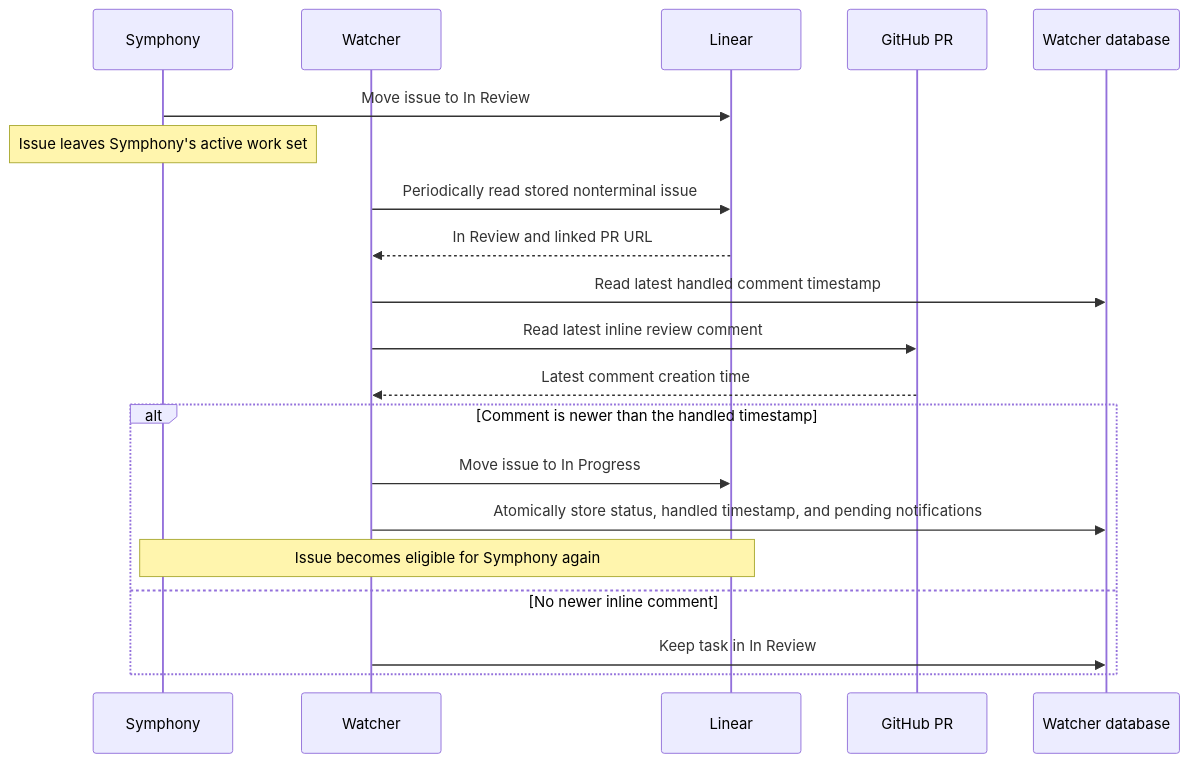
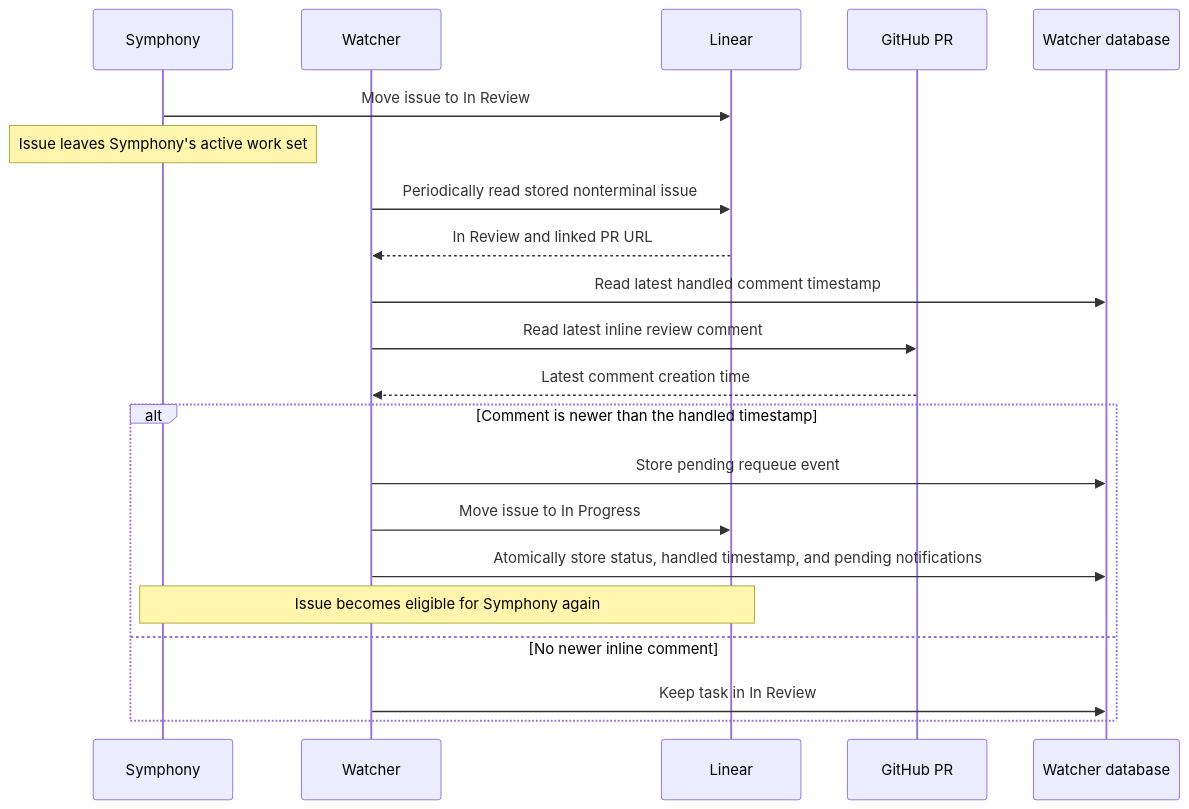
Before and after one commit to hiroppy/orchestrators: the second of 2 diagrams in docs/architecture.md, drawn with Mermaid. The commit also changed 6 other files, not shown here.

````diff
--- a/docs/architecture.md
+++ b/docs/architecture.md
@@ -98,23 +98,24 @@
 ```mermaid
 sequenceDiagram
   participant S as Symphony
   participant W as Watcher
   participant L as Linear
   participant G as GitHub PR
   participant DB as Watcher database
 
   S->>L: Move issue to In Review
   Note over S: Issue leaves Symphony's active work set
   W->>L: Periodically read stored nonterminal issue
   L-->>W: In Review and linked PR URL
   W->>DB: Read latest handled comment timestamp
   W->>G: Read latest inline review comment
   G-->>W: Latest comment creation time
   alt Comment is newer than the handled timestamp
+    W->>DB: Store pending requeue event
     W->>L: Move issue to In Progress
     W->>DB: Atomically store status, handled timestamp, and pending notifications
     Note over S,L: Issue becomes eligible for Symphony again
   else No newer inline comment
     W->>DB: Keep task in In Review
   end
 ```
````
